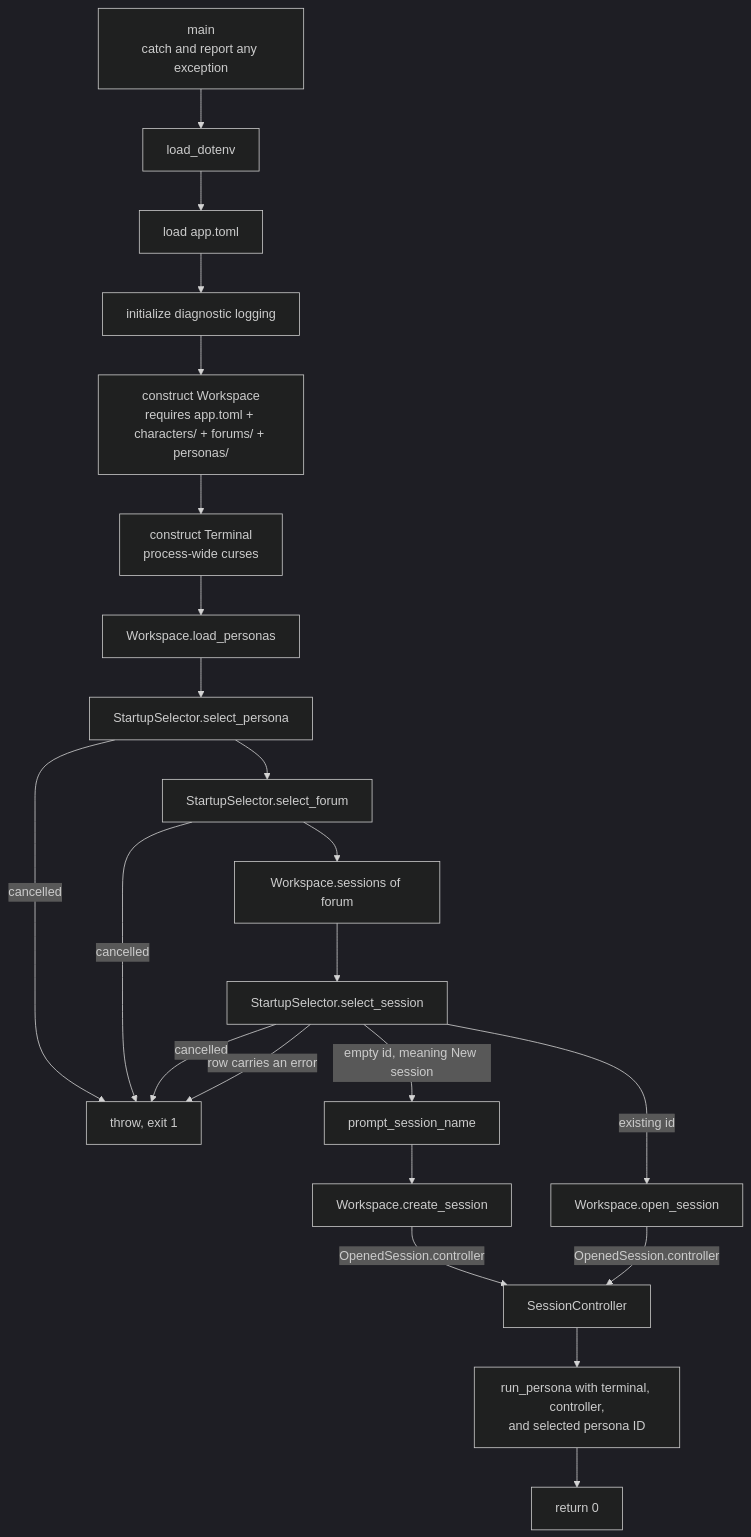
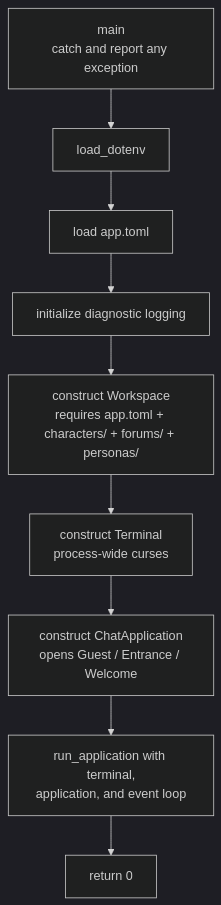
One commit to michaelpopov/cha changed the diagram in src/apps/README.md. Above: the diagram before and after it, drawn with Mermaid (dark theme). The commit also changed other lines of this file and 13 other files, not shown here.

````diff
--- a/src/apps/README.md
+++ b/src/apps/README.md
@@ -18,24 +18,11 @@
 ```mermaid
 flowchart TD
     a["main<br/>catch and report any exception"] --> b["load_dotenv"]
     b --> config["load app.toml"]
     config --> log["initialize diagnostic logging"]
     log --> c["construct Workspace<br/>requires app.toml + characters/ + forums/ + personas/"]
     c --> d["construct Terminal<br/>process-wide curses"]
-    d --> personas["Workspace.load_personas"]
-    personas --> e["StartupSelector.select_persona"]
-    e -->|"cancelled"| x["throw, exit 1"]
-    e --> forum["StartupSelector.select_forum"]
-    forum -->|"cancelled"| x
-    forum --> f["Workspace.sessions of forum"]
-    f --> g["StartupSelector.select_session"]
-    g -->|"cancelled"| x
-    g -->|"row carries an error"| x
-    g -->|"empty id, meaning New session"| h["prompt_session_name"]
-    h --> i["Workspace.create_session"]
-    g -->|"existing id"| j["Workspace.open_session"]
-    i -->|"OpenedSession.controller"| k["SessionController"]
-    j -->|"OpenedSession.controller"| k
-    k --> l["run_persona with terminal, controller,<br/>and selected persona ID"]
+    d --> app["construct ChatApplication<br/>opens Guest / Entrance / Welcome"]
+    app --> l["run_application with terminal,<br/>application, and event loop"]
     l --> m["return 0"]
 ```
````
